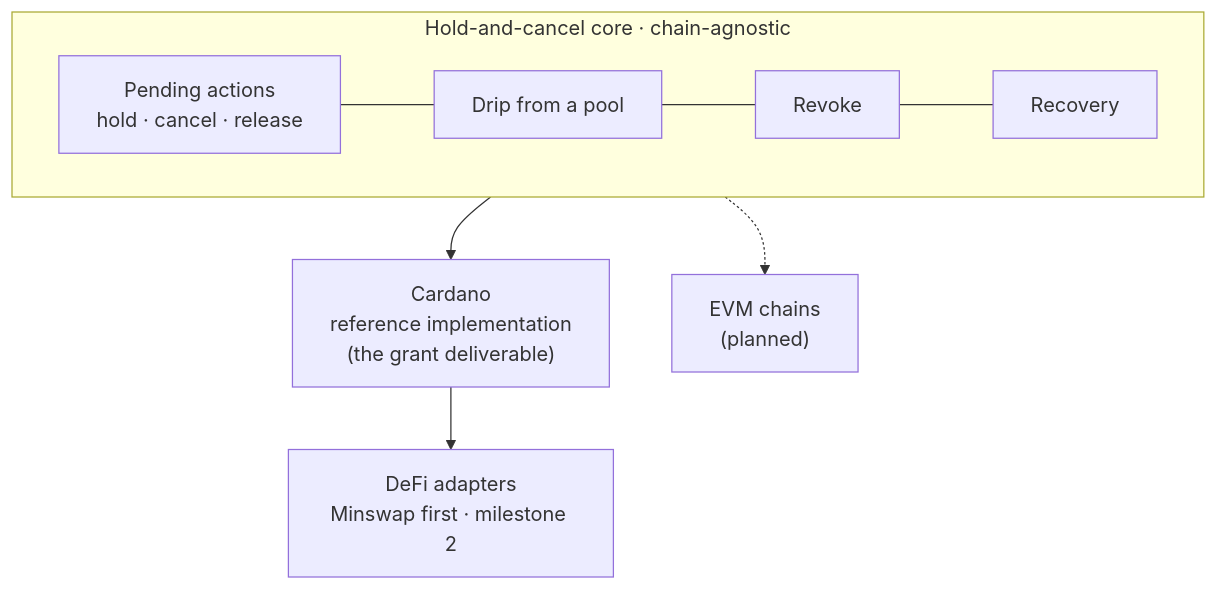
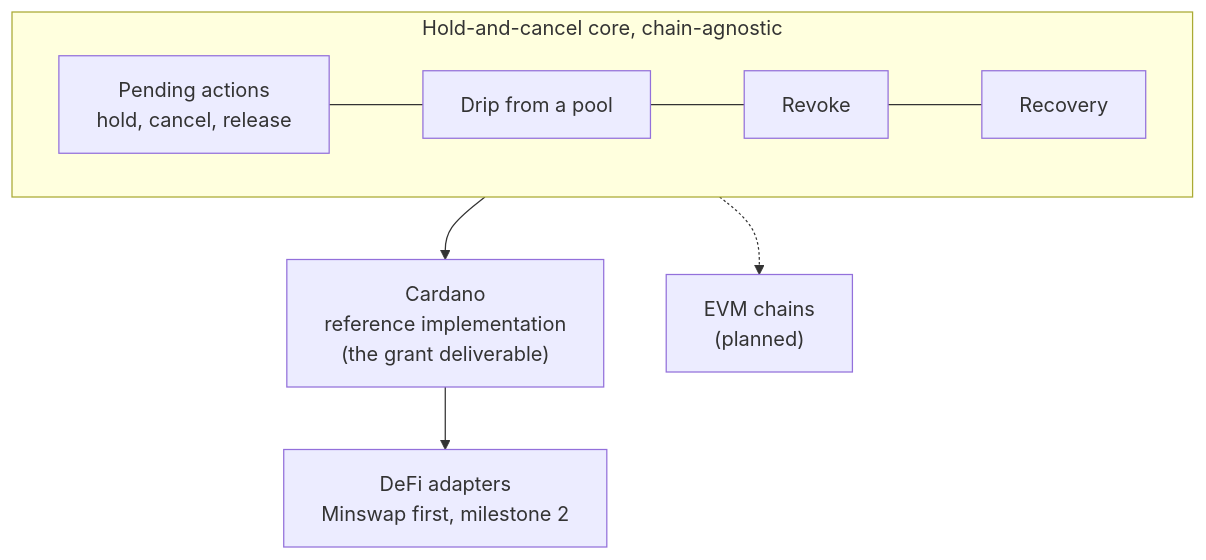
Before and after one commit to gendo-cash/gendo: the fourth of 5 diagrams in README.md, drawn with Mermaid. The commit also changed other lines of this file and 3 other files, not shown here.

````diff
--- a/README.md
+++ b/README.md
@@ -139,10 +139,10 @@
 ```mermaid
 flowchart TB
-  subgraph core["Hold-and-cancel core · chain-agnostic"]
+  subgraph core["Hold-and-cancel core, chain-agnostic"]
     direction LR
-    H["Pending actions<br/>hold · cancel · release"] --- DR["Drip from a pool"] --- RV["Revoke"] --- RC["Recovery"]
+    H["Pending actions<br/>hold, cancel, release"] --- DR["Drip from a pool"] --- RV["Revoke"] --- RC["Recovery"]
   end
   core --> CA["Cardano<br/>reference implementation<br/>(the grant deliverable)"]
   core -.-> EVM["EVM chains<br/>(planned)"]
-  CA --> AD["DeFi adapters<br/>Minswap first · milestone 2"]
+  CA --> AD["DeFi adapters<br/>Minswap first, milestone 2"]
 ```
````
